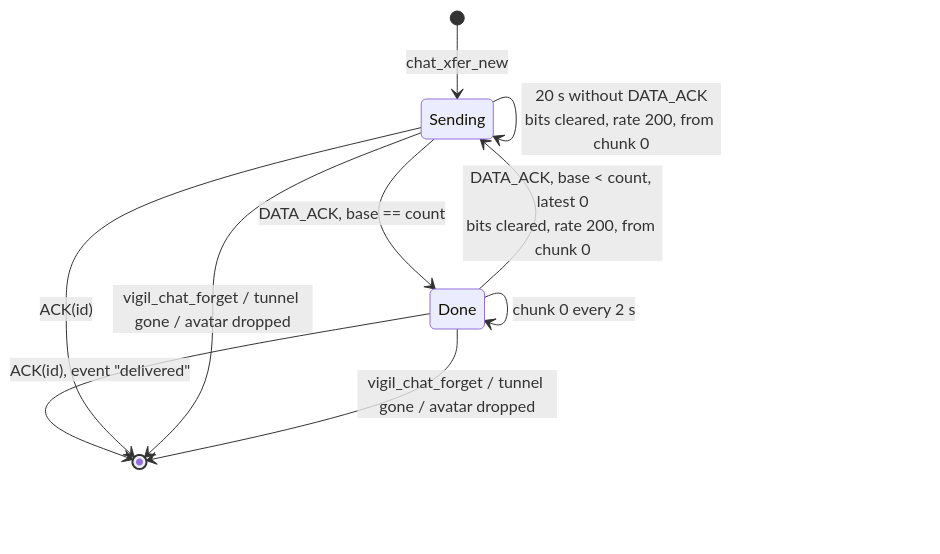
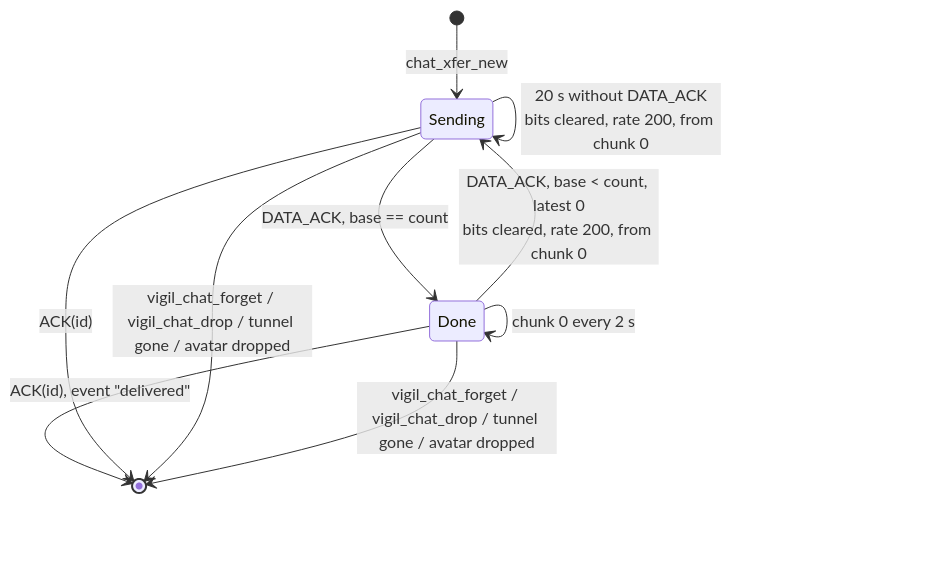
One commit to jorisvink/vigil changed the fourth of 7 diagrams in docs/parcel.md. Above: the diagram before and after it, drawn with Mermaid. The commit also changed 15 other files, not shown here.

````diff
--- a/docs/parcel.md
+++ b/docs/parcel.md
@@ -177,13 +177,13 @@
 ```mermaid
 stateDiagram-v2
     [*] --> Sending: chat_xfer_new
     Sending --> Sending: DATA_ACK, base < count
     Sending --> Sending: 20 s without DATA_ACK<br/>bits cleared, rate 200, from chunk 0
     Sending --> Done: DATA_ACK, base == count
     Done --> Done: chunk 0 every 2 s
     Done --> Sending: DATA_ACK, base < count, latest 0<br/>bits cleared, rate 200, from chunk 0
     Done --> [*]: ACK(id), event "delivered"
     Sending --> [*]: ACK(id)
-    Sending --> [*]: vigil_chat_forget / tunnel gone / avatar dropped
-    Done --> [*]: vigil_chat_forget / tunnel gone / avatar dropped
+    Sending --> [*]: vigil_chat_forget / vigil_chat_drop / tunnel gone / avatar dropped
+    Done --> [*]: vigil_chat_forget / vigil_chat_drop / tunnel gone / avatar dropped
 ```
````
